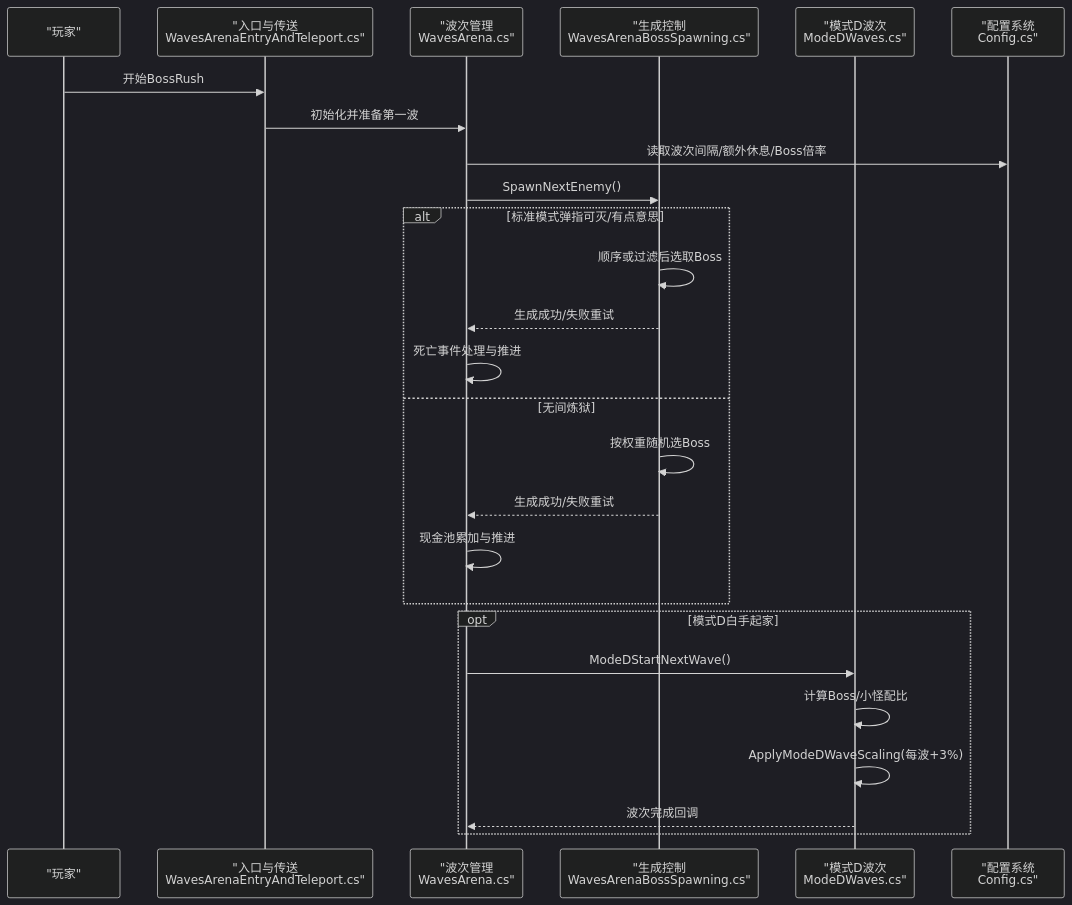
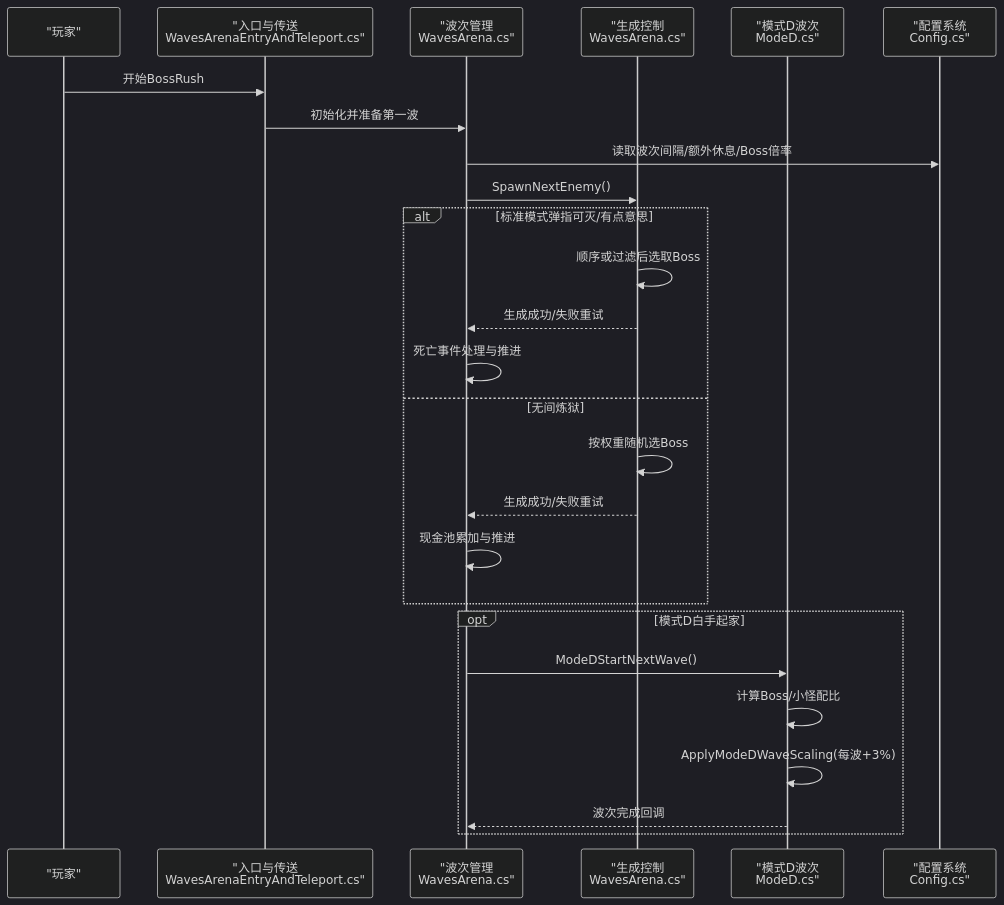
One commit to GASEN1216/BossRushMod changed the second of 6 diagrams in .qoder/repowiki/zh/content/游戏模式系统/标准 BossRush 模式/难度级别系统.md. Above: the diagram before and after it, drawn with Mermaid (dark theme). The commit also changed other lines of this file and 124 other files, not shown here.

````diff
--- a/.qoder/repowiki/zh/content/游戏模式系统/标准 BossRush 模式/难度级别系统.md
+++ b/.qoder/repowiki/zh/content/游戏模式系统/标准 BossRush 模式/难度级别系统.md
@@ -98,28 +98,28 @@
 ```mermaid
 sequenceDiagram
 participant P as "玩家"
 participant E as "入口与传送<br/>WavesArenaEntryAndTeleport.cs"
 participant A as "波次管理<br/>WavesArena.cs"
-participant S as "生成控制<br/>WavesArenaBossSpawning.cs"
-participant M as "模式D波次<br/>ModeDWaves.cs"
+participant S as "生成控制<br/>WavesArena.cs"
+participant M as "模式D波次<br/>ModeD.cs"
 participant C as "配置系统<br/>Config.cs"
 P->>E : 开始BossRush
 E->>A : 初始化并准备第一波
 A->>C : 读取波次间隔/额外休息/Boss倍率
 A->>S : SpawnNextEnemy()
 alt 标准模式弹指可灭/有点意思
 S->>S : 顺序或过滤后选取Boss
 S-->>A : 生成成功/失败重试
 A->>A : 死亡事件处理与推进
 else 无间炼狱
 S->>S : 按权重随机选Boss
 S-->>A : 生成成功/失败重试
 A->>A : 现金池累加与推进
 end
 opt 模式D白手起家
 A->>M : ModeDStartNextWave()
 M->>M : 计算Boss/小怪配比
 M->>M : ApplyModeDWaveScaling(每波+3%)
 M-->>A : 波次完成回调
 end
 ```
````
